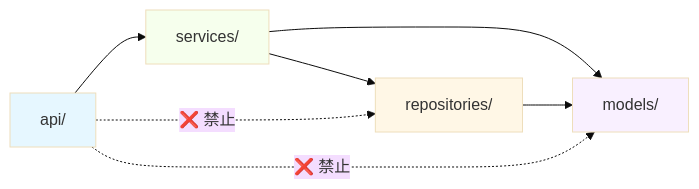
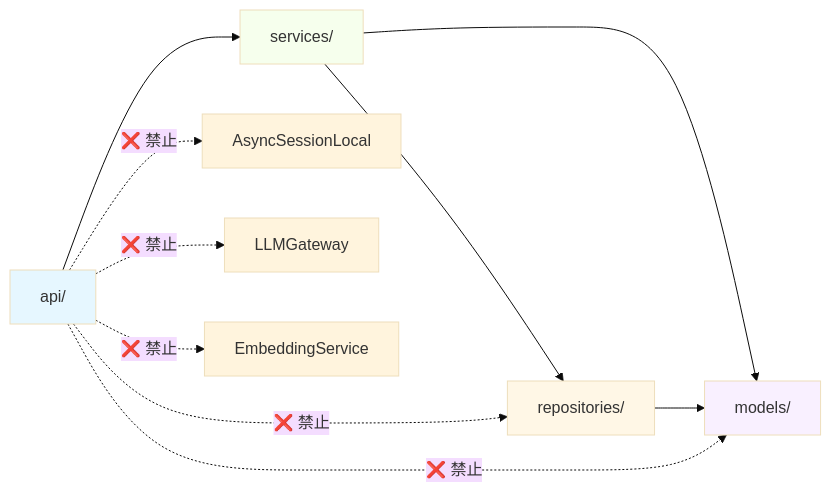
The second of 2 diagrams in docs/audit/01-dependency-graph.md (akxlhw/AI4TALENTS), drawn with Mermaid (base theme) before and after one commit. The commit also changed other lines of this file and 3 other files, not shown here.

````diff
--- a/docs/audit/01-dependency-graph.md
+++ b/docs/audit/01-dependency-graph.md
@@ -50,15 +68,18 @@
 ```mermaid
 graph LR
     API[api/] --> SVC[services/]
     SVC --> REPO[repositories/]
     SVC --> MDL[models/]
     REPO --> MDL
 
     API -.->|❌ 禁止| REPO
     API -.->|❌ 禁止| MDL
+    API -.->|❌ 禁止| AsyncSessionLocal
+    API -.->|❌ 禁止| LLMGateway
+    API -.->|❌ 禁止| EmbeddingService
 
     style API fill:#e6f7ff
     style SVC fill:#f6ffed
     style REPO fill:#fff7e6
     style MDL fill:#f9f0ff
 ```
````
